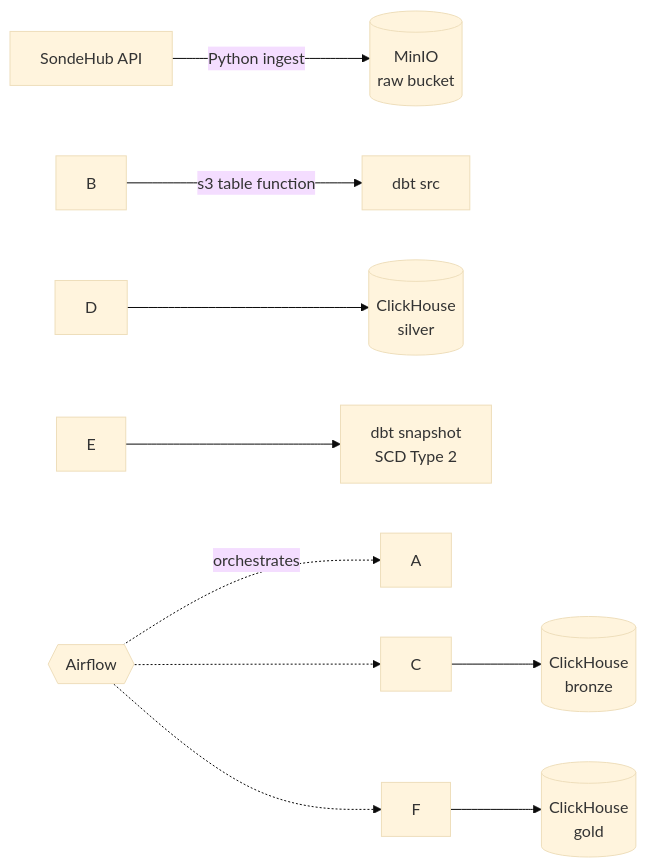
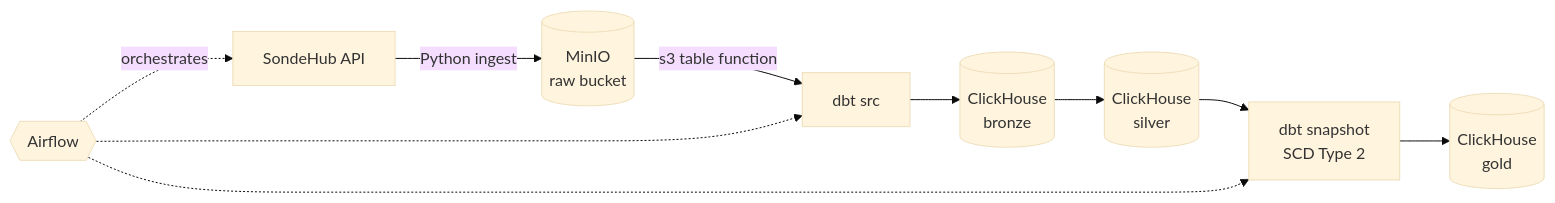
The diagram in README.md (SuleymanSamandov/ELT-Project), drawn with Mermaid (base theme) before and after one commit. The commit also changed other lines of this file, not shown here.

````diff
--- a/README.md
+++ b/README.md
@@ -15,12 +21,12 @@
 ```mermaid
 flowchart LR
-    A\[SondeHub API] -->|Python ingest| B\[(MinIO<br/>raw bucket)]
-    B -->|s3 table function| C\[dbt src]
-    C --> D\[(ClickHouse<br/>bronze)]
-    D --> E\[(ClickHouse<br/>silver)]
-    E --> F\[dbt snapshot<br/>SCD Type 2]
-    F --> G\[(ClickHouse<br/>gold)]
+    A[SondeHub API] -->|Python ingest| B[(MinIO<br/>raw bucket)]
+    B -->|s3 table function| C[dbt src]
+    C --> D[(ClickHouse<br/>bronze)]
+    D --> E[(ClickHouse<br/>silver)]
+    E --> F[dbt snapshot<br/>SCD Type 2]
+    F --> G[(ClickHouse<br/>gold)]
     H{{Airflow}} -.->|orchestrates| A
     H -.-> C
     H -.-> F
 ```
````
